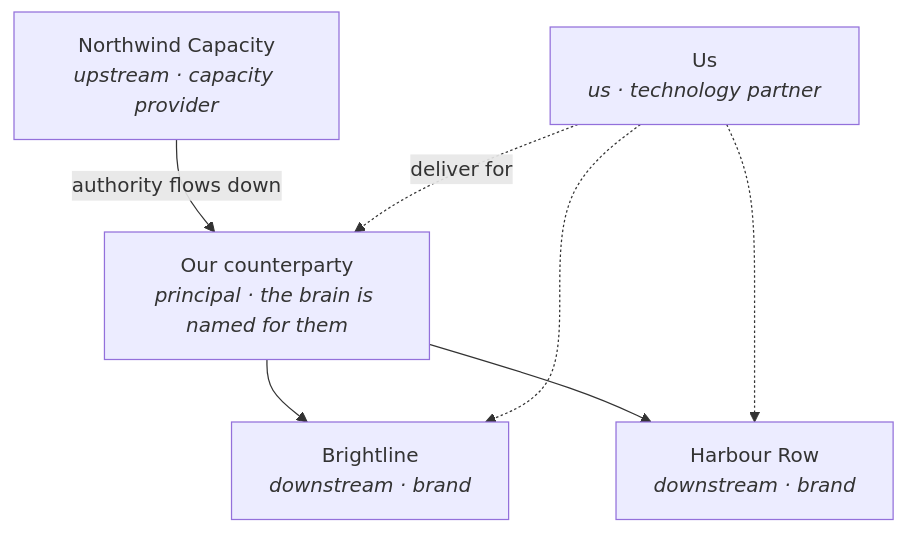
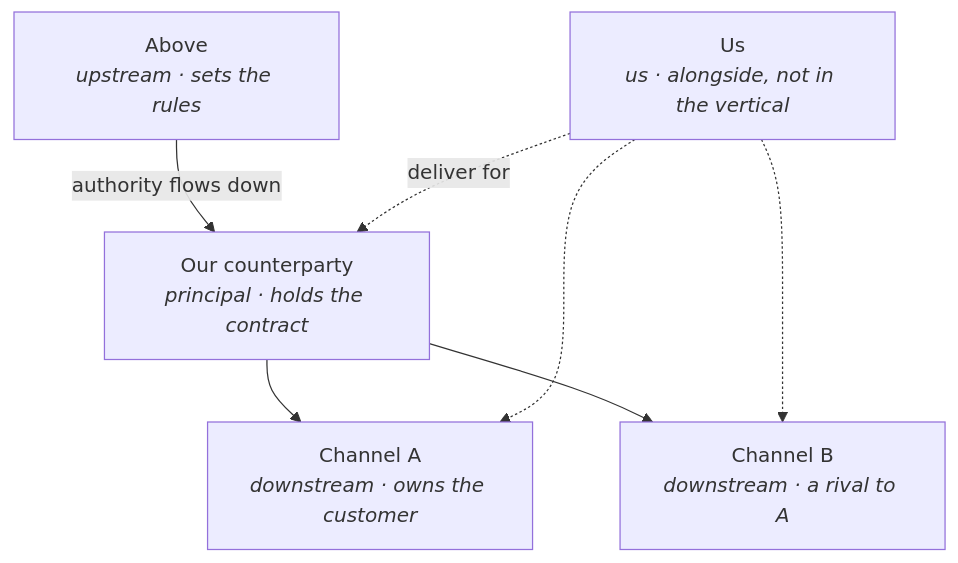
Before and after one commit to nicbotes/wallE: the fourth of 5 diagrams in README.md, drawn with Mermaid. The commit also changed other lines of this file and 19 other files, not shown here.

````diff
--- a/README.md
+++ b/README.md
@@ -254,14 +270,14 @@
 ```mermaid
 flowchart TD
-    CAP["Northwind Capacity<br/><i>upstream · capacity provider</i>"]
-    MGA["Our counterparty<br/><i>principal · the brain is named for them</i>"]
-    B1["Brightline<br/><i>downstream · brand</i>"]
-    B2["Harbour Row<br/><i>downstream · brand</i>"]
-    US["Us<br/><i>us · technology partner</i>"]
-    CAP -->|authority flows down| MGA
-    MGA --> B1
-    MGA --> B2
-    US -.->|deliver for| MGA
-    US -.-> B1
-    US -.-> B2
+    UP["Above<br/><i>upstream · sets the rules</i>"]
+    MID["Our counterparty<br/><i>principal · holds the contract</i>"]
+    D1["Channel A<br/><i>downstream · owns the customer</i>"]
+    D2["Channel B<br/><i>downstream · a rival to A</i>"]
+    US["Us<br/><i>us · alongside, not in the vertical</i>"]
+    UP -->|authority flows down| MID
+    MID --> D1
+    MID --> D2
+    US -.->|deliver for| MID
+    US -.-> D1
+    US -.-> D2
 ```
````
